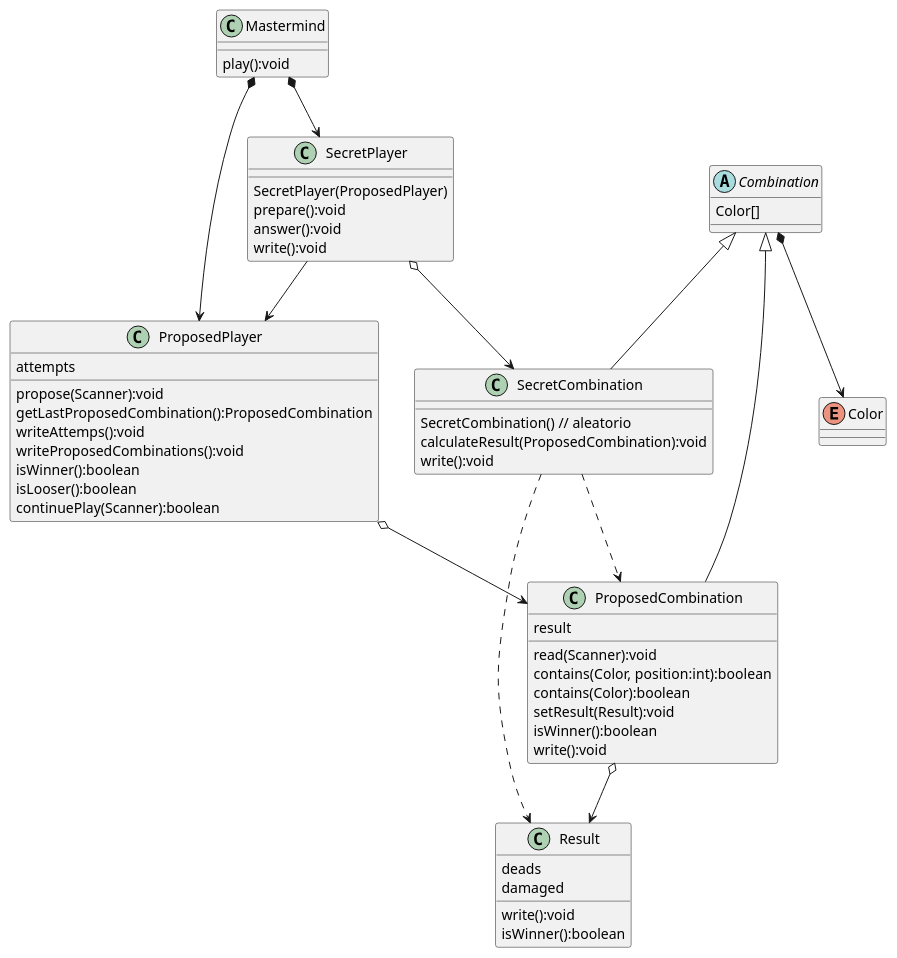
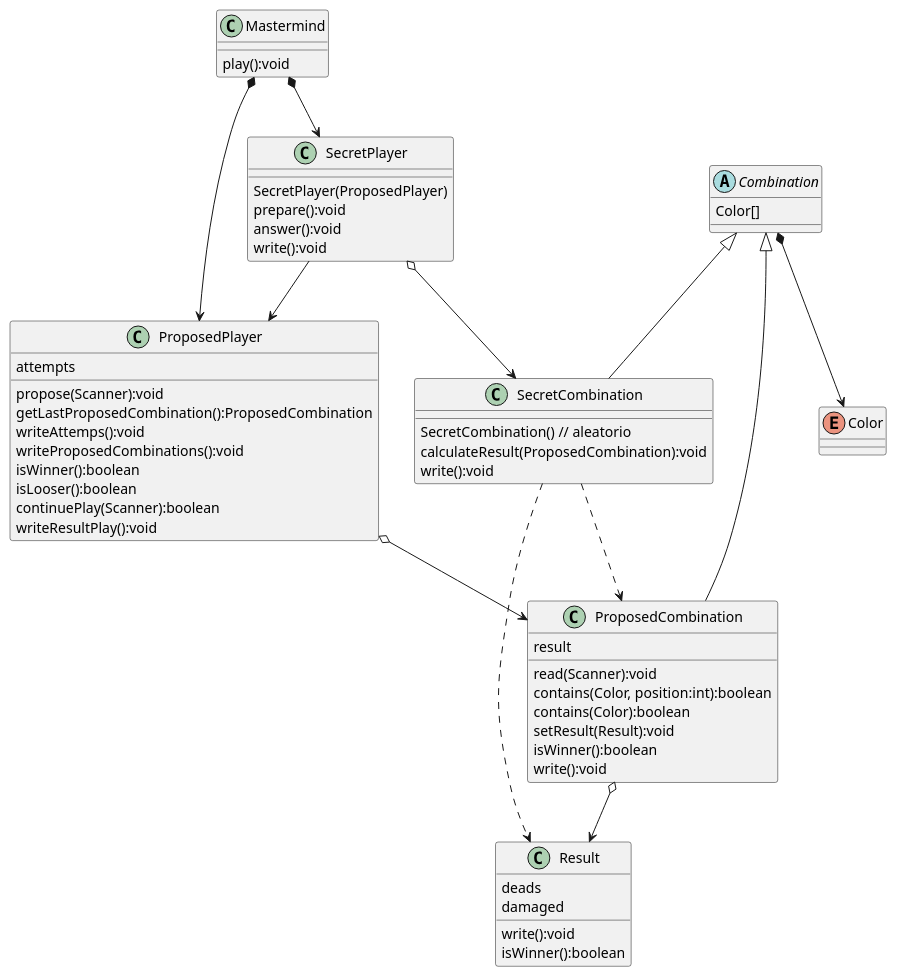
Before and after one commit to nkoutsourais/4954-DisCalSoft-Practica1: the diagram in README.md, drawn with PlantUML.

Commit message:
add new method in class

````diff
--- a/README.md
+++ b/README.md
@@ -14,69 +14,73 @@
  ```PlantUML
  @startuml
 
 class Mastermind{
  play():void
 }
 
 class SecretPlayer{
   SecretPlayer(ProposedPlayer)
   prepare():void 
   answer():void
   write():void
 }
 class ProposedPlayer{
   attempts
   propose(Scanner):void
   getLastProposedCombination():ProposedCombination
   writeAttemps():void
   writeProposedCombinations():void
   isWinner():boolean
   isLooser():boolean
   continuePlay(Scanner):boolean
+  writeResultPlay():void
   }
 
 abstract class Combination{
 Color[]
 }
 enum Color
 class SecretCombination{
   SecretCombination() // aleatorio
   calculateResult(ProposedCombination):void
   write():void
   }
 class ProposedCombination{
   result
   read(Scanner):void
   contains(Color, position:int):boolean
   contains(Color):boolean
   setResult(Result):void
   isWinner():boolean
   write():void
   }
 
 class Result{
   deads
   damaged
   write():void
   isWinner():boolean
   }
 
 
 Mastermind *--> SecretPlayer
 Mastermind *--> ProposedPlayer
 
 SecretPlayer --> ProposedPlayer
 
 ProposedPlayer o--> ProposedCombination
 SecretPlayer o--> SecretCombination
 
 SecretCombination ..> ProposedCombination
 SecretCombination ..> Result
 Combination *--> Color
 
 Combination <|-down- SecretCombination
 Combination <|-down- ProposedCombination
 
 ProposedCombination o--> Result
 @enduml
+
+
+
 ```
````
